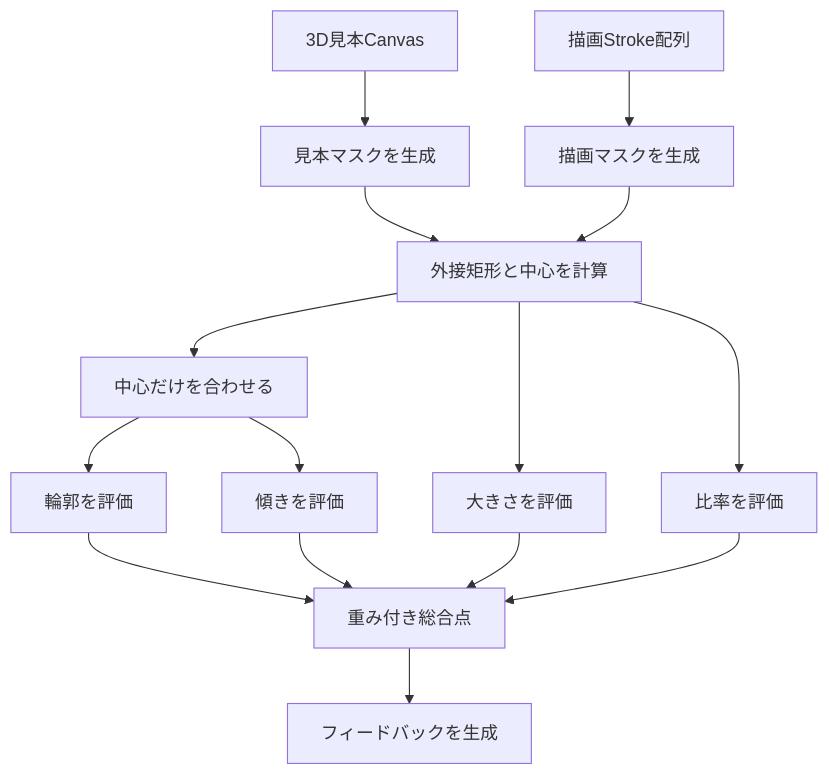
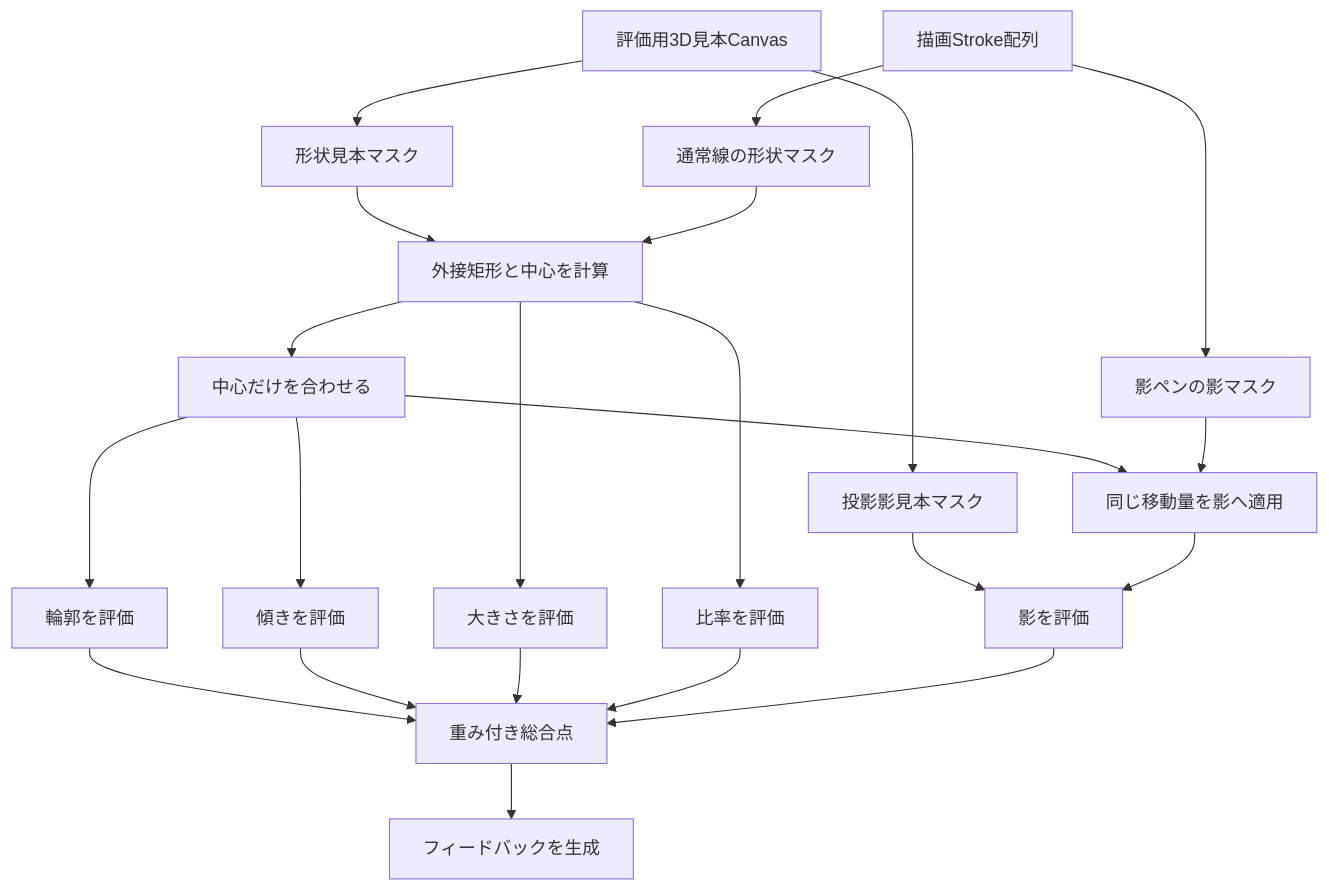
The diagram in docs/EVALUATION.md (rikuru-sys/SolidDrawing), drawn with Mermaid before and after one commit. The commit also changed other lines of this file and 37 other files, not shown here.

````diff
--- a/docs/EVALUATION.md
+++ b/docs/EVALUATION.md
@@ -32,17 +35,24 @@
 ```mermaid
 flowchart TD
-    Sample[3D見本Canvas] --> SampleMask[見本マスクを生成]
-    Strokes[描画Stroke配列] --> DrawingMask[描画マスクを生成]
-    SampleMask --> Bounds[外接矩形と中心を計算]
-    DrawingMask --> Bounds
+    Sample[評価用3D見本Canvas] --> ShapeSample[形状見本マスク]
+    Sample --> ShadowSample[投影影見本マスク]
+    Strokes[描画Stroke配列] --> ShapeDrawing[通常線の形状マスク]
+    Strokes --> ShadowDrawing[影ペンの影マスク]
+    ShapeSample --> Bounds[外接矩形と中心を計算]
+    ShapeDrawing --> Bounds
     Bounds --> Align[中心だけを合わせる]
     Align --> Outline[輪郭を評価]
     Align --> Angle[傾きを評価]
     Bounds --> Size[大きさを評価]
     Bounds --> Proportion[比率を評価]
+    Align --> ShadowAlign[同じ移動量を影へ適用]
+    ShadowSample --> ShadowScore[影を評価]
+    ShadowDrawing --> ShadowAlign
+    ShadowAlign --> ShadowScore
     Outline --> Total[重み付き総合点]
     Angle --> Total
     Size --> Total
     Proportion --> Total
+    ShadowScore --> Total
     Total --> Feedback[フィードバックを生成]
 ```
````
